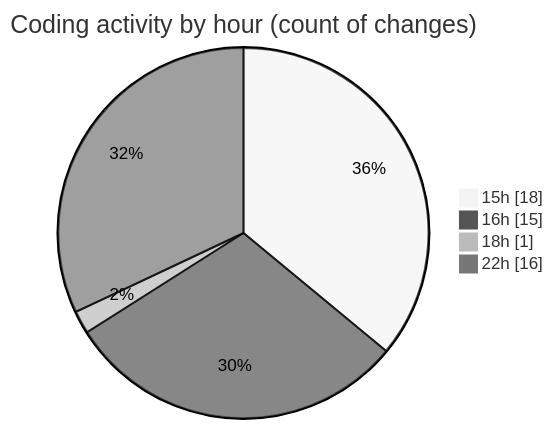
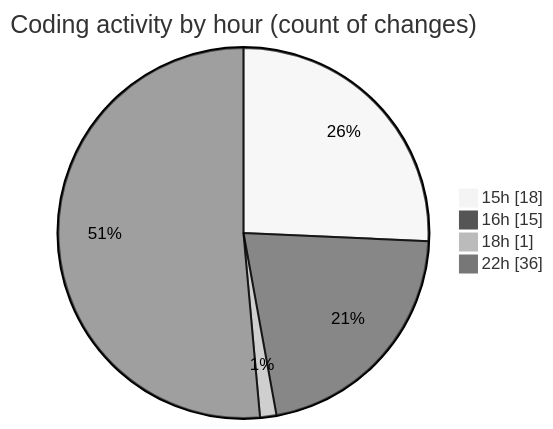
Before and after one commit to julien-gomy/code-tracking: the second of 2 diagrams in 2025-11-05/eventscop-frontend-guide__workspace_/README.md, drawn with Mermaid (neutral theme). The commit also changed other lines of this file and 1 other file, not shown here.

````diff
--- a/2025-11-05/eventscop-frontend-guide__workspace_/README.md
+++ b/2025-11-05/eventscop-frontend-guide__workspace_/README.md
@@ -45,8 +53,8 @@
 ```mermaid
 pie showData
 title Coding activity by hour (count of changes)
 "15h" : 18
 "16h" : 15
 "18h" : 1
-"22h" : 16
+"22h" : 36
 ```
````
